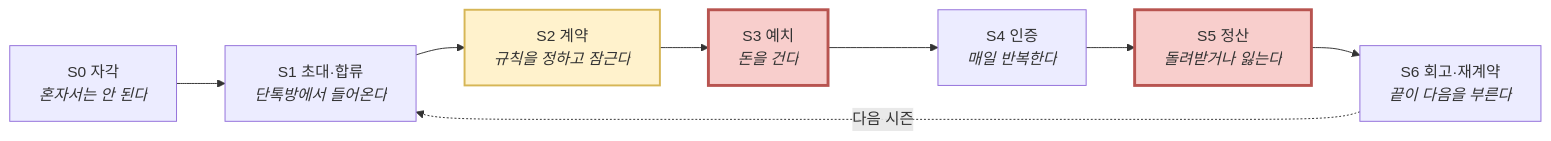
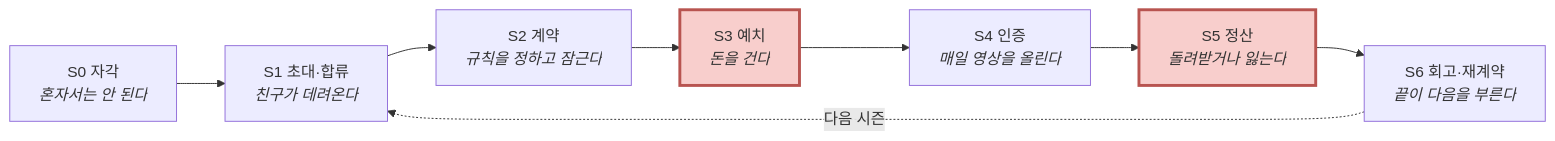
One commit to new-rim/business-research-practice-2026-sesac changed the first of 3 diagrams in 05-personas/customer-journey-map.md. Above: the diagram before and after it, drawn with Mermaid. The commit also changed other lines of this file, not shown here.

````diff
--- a/05-personas/customer-journey-map.md
+++ b/05-personas/customer-journey-map.md
@@ -29,14 +55,13 @@
 ```mermaid
 graph LR
-    S0["S0 자각<br/><i>혼자서는 안 된다</i>"] --> S1["S1 초대·합류<br/><i>단톡방에서 들어온다</i>"]
+    S0["S0 자각<br/><i>혼자서는 안 된다</i>"] --> S1["S1 초대·합류<br/><i>친구가 데려온다</i>"]
     S1 --> S2["S2 계약<br/><i>규칙을 정하고 잠근다</i>"]
     S2 --> S3["S3 예치<br/><i>돈을 건다</i>"]
-    S3 --> S4["S4 인증<br/><i>매일 반복한다</i>"]
+    S3 --> S4["S4 인증<br/><i>매일 영상을 올린다</i>"]
     S4 --> S5["S5 정산<br/><i>돌려받거나 잃는다</i>"]
     S5 --> S6["S6 회고·재계약<br/><i>끝이 다음을 부른다</i>"]
     S6 -.->|"다음 시즌"| S1
 
-    style S2 fill:#FFF2CC,stroke:#D6B656,stroke-width:2px
     style S3 fill:#F8CECC,stroke:#B85450,stroke-width:3px
     style S5 fill:#F8CECC,stroke:#B85450,stroke-width:3px
 ```
````
